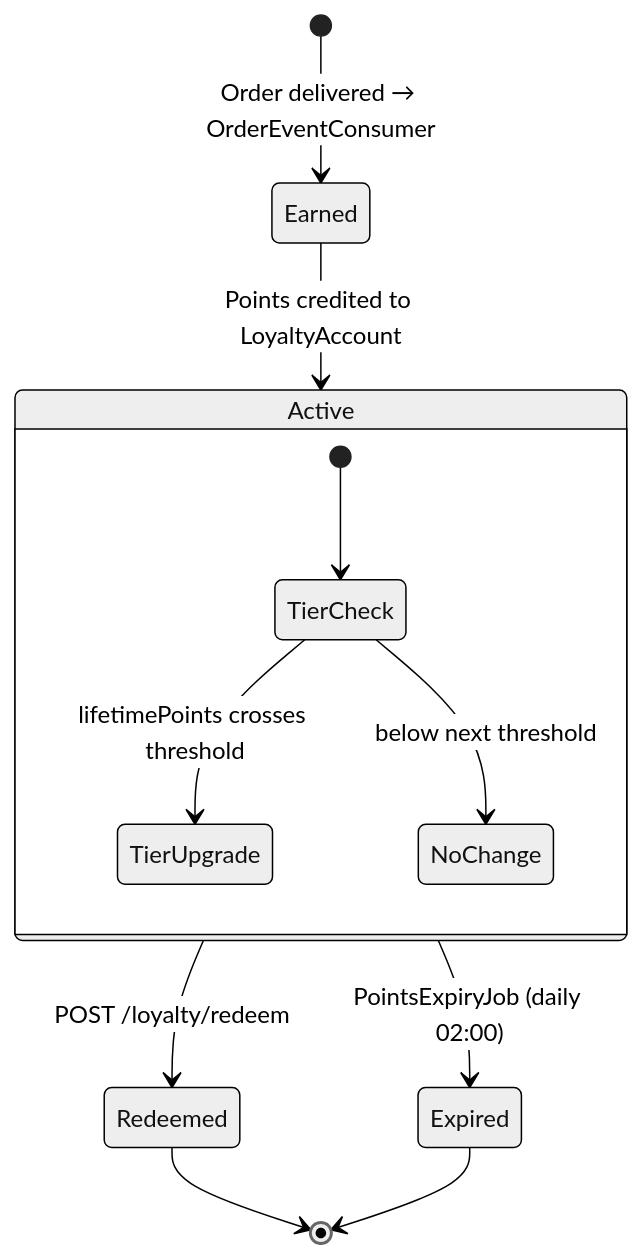
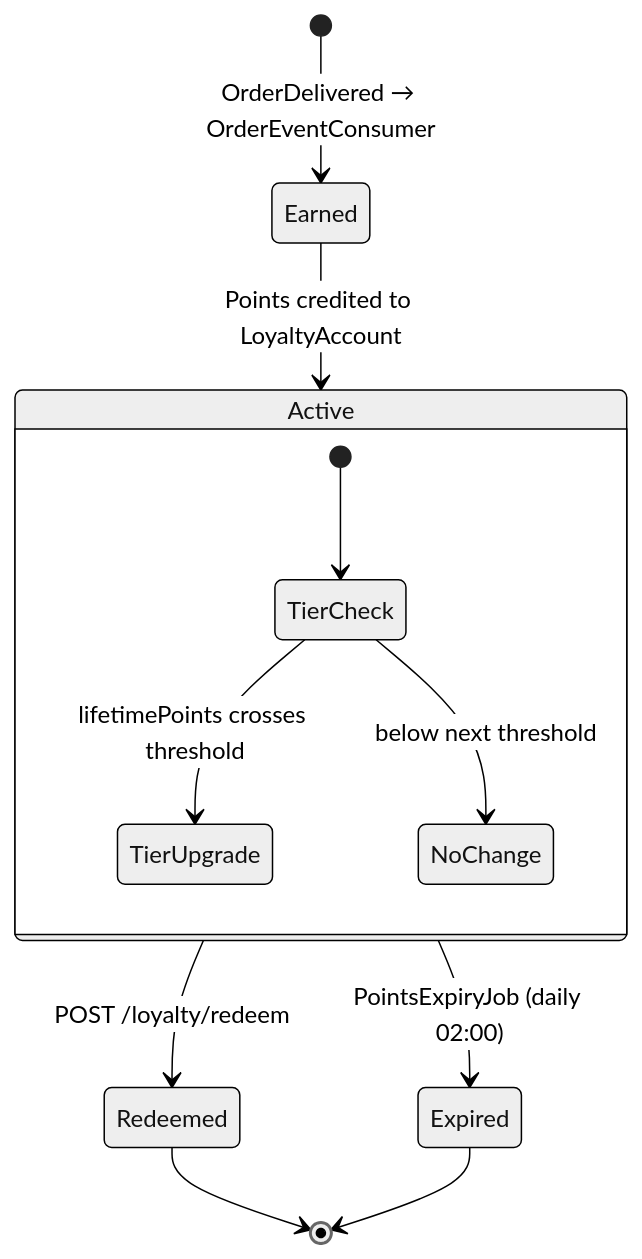
One commit to sunitakeazycommerz-a11y/InstaCommerce changed the fourth of 6 diagrams in services/wallet-loyalty-service/README.md. Above: the diagram before and after it, drawn with Mermaid (neutral theme). The commit also changed other lines of this file and 554 other files, not shown here.

````diff
--- a/services/wallet-loyalty-service/README.md
+++ b/services/wallet-loyalty-service/README.md
@@ -98,15 +337,15 @@
 ```mermaid
 stateDiagram-v2
-    [*] --> Earned : Order delivered → OrderEventConsumer
+    [*] --> Earned : OrderDelivered → OrderEventConsumer
     Earned --> Active : Points credited to LoyaltyAccount
     Active --> Redeemed : POST /loyalty/redeem
     Active --> Expired : PointsExpiryJob (daily 02:00)
     Redeemed --> [*]
     Expired --> [*]
 
     state Active {
         [*] --> TierCheck
         TierCheck --> TierUpgrade : lifetimePoints crosses threshold
         TierCheck --> NoChange : below next threshold
     }
 ```
````
